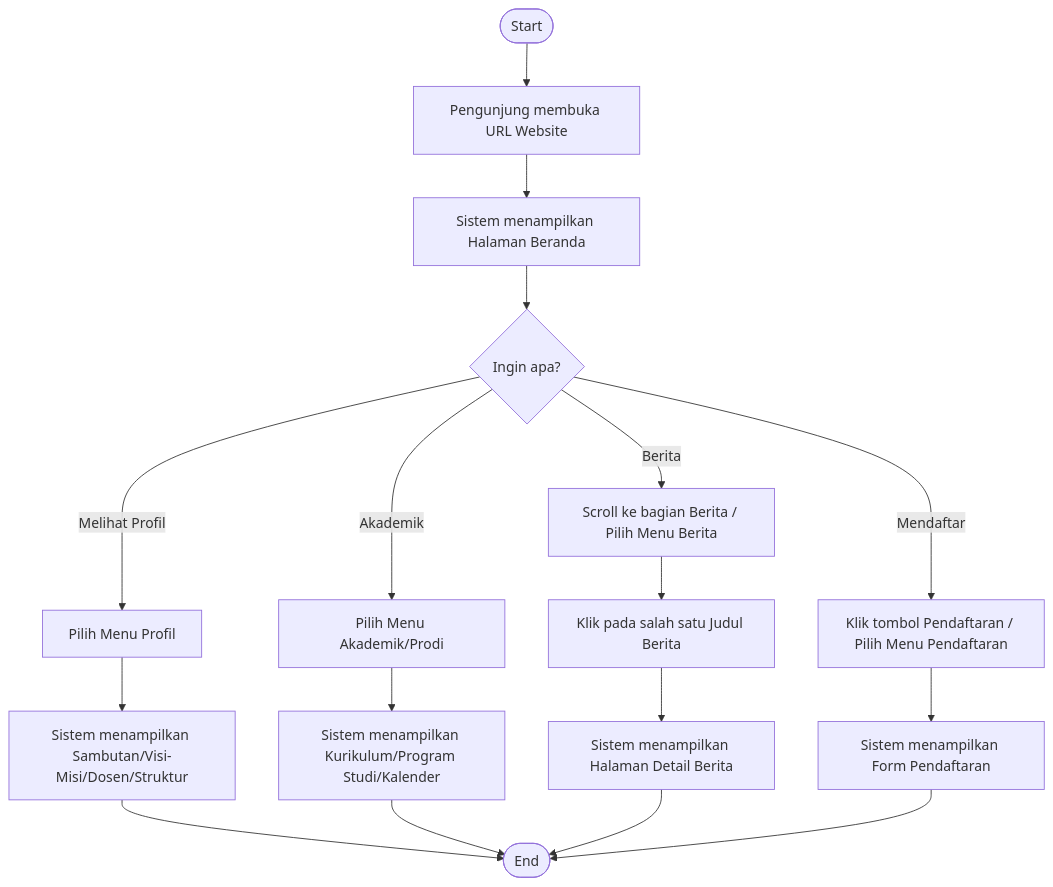
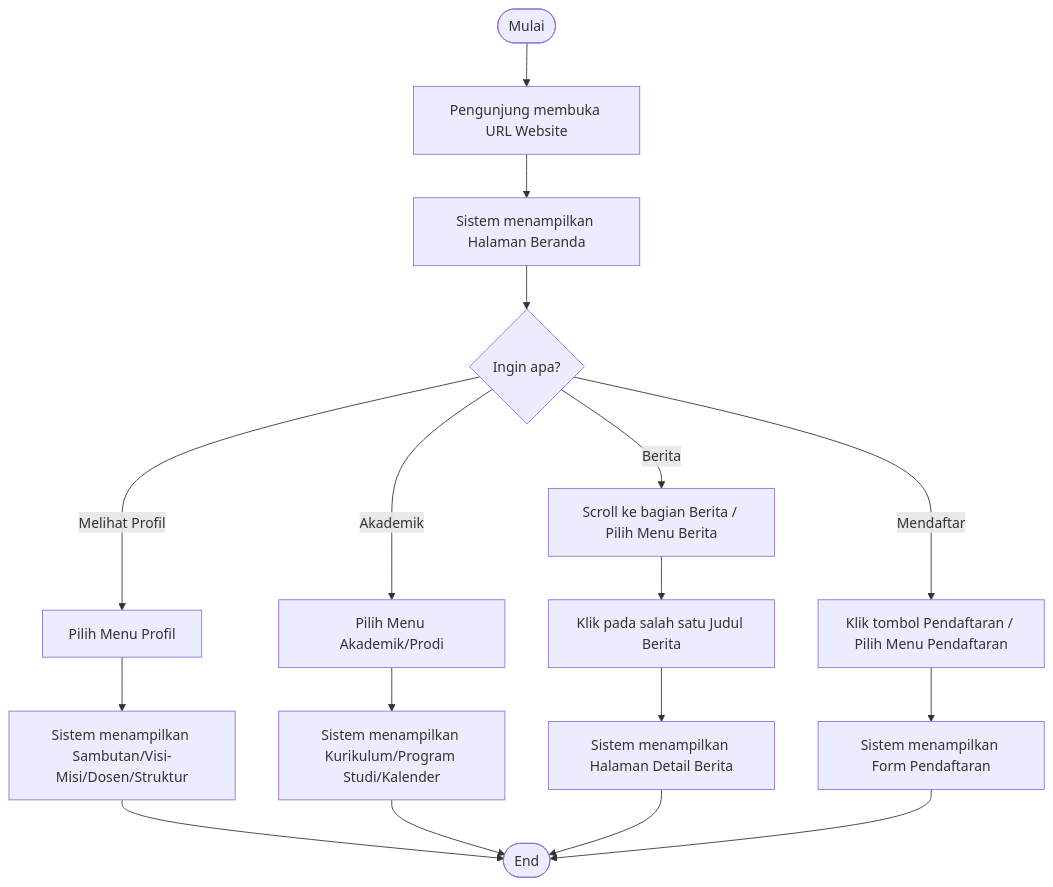
The first of 8 diagrams in docs/activity_diagram_publik.md (arbain-dev/Web_fikom), drawn with Mermaid before and after one commit. The commit also changed other lines of this file and 7 other files, not shown here.

Commit message:
docs: standarisasi semua awal flowchart diagram menjadi 'Mulai'

````diff
--- a/docs/activity_diagram_publik.md
+++ b/docs/activity_diagram_publik.md
@@ -11,25 +11,25 @@
 ```mermaid
 flowchart TD
-    Start([Start]) --> OpenURL[Pengunjung membuka URL Website]
+    Mulai([Mulai]) --> OpenURL[Pengunjung membuka URL Website]
     OpenURL --> ShowHome[Sistem menampilkan Halaman Beranda]
     
     ShowHome --> Choice{Ingin apa?}
     
     Choice -- "Melihat Profil" --> Profil[Pilih Menu Profil]
     Profil --> ShowProfil[Sistem menampilkan Sambutan/Visi-Misi/Dosen/Struktur]
     
     Choice -- "Akademik" --> Akad[Pilih Menu Akademik/Prodi]
     Akad --> ShowAkad[Sistem menampilkan Kurikulum/Program Studi/Kalender]
     
     Choice -- "Berita" --> Berita[Scroll ke bagian Berita / Pilih Menu Berita]
     Berita --> ClickBerita[Klik pada salah satu Judul Berita]
     ClickBerita --> ShowDetail[Sistem menampilkan Halaman Detail Berita]
     
     Choice -- "Mendaftar" --> Daftar[Klik tombol Pendaftaran / Pilih Menu Pendaftaran]
     Daftar --> ShowForm[Sistem menampilkan Form Pendaftaran]
     
     ShowProfil --> End([End])
     ShowAkad --> End
     ShowDetail --> End
     ShowForm --> End
 ```
````
